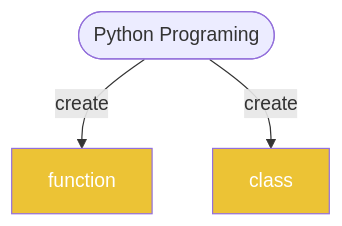
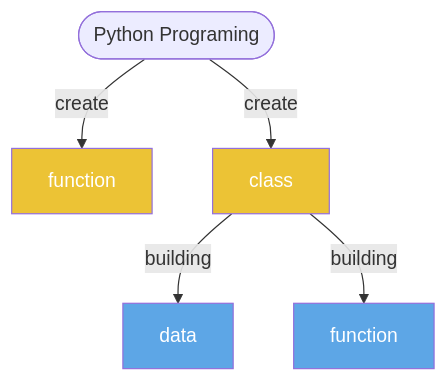
Before and after one commit to jwang1122/python1: the second of 3 diagrams in doc/python.md, drawn with Mermaid. The commit also changed other lines of this file and 10 other files, not shown here.

````diff
--- a/doc/python.md
+++ b/doc/python.md
@@ -177,13 +183,17 @@
 ```mermaid
 graph TB
 A([Python Programing])
 B[function]
 C[class]
+D[data]
+E[function]
 
 A--create-->B
-A--create-->C
+A--create-->C--building-->D & E
 
 classDef block1 fill:#ECC335,color:white;
+classDef block2 fill:#5DA6E6,color:white;
 
 class B,C block1
+class D,E block2
 ```
````
